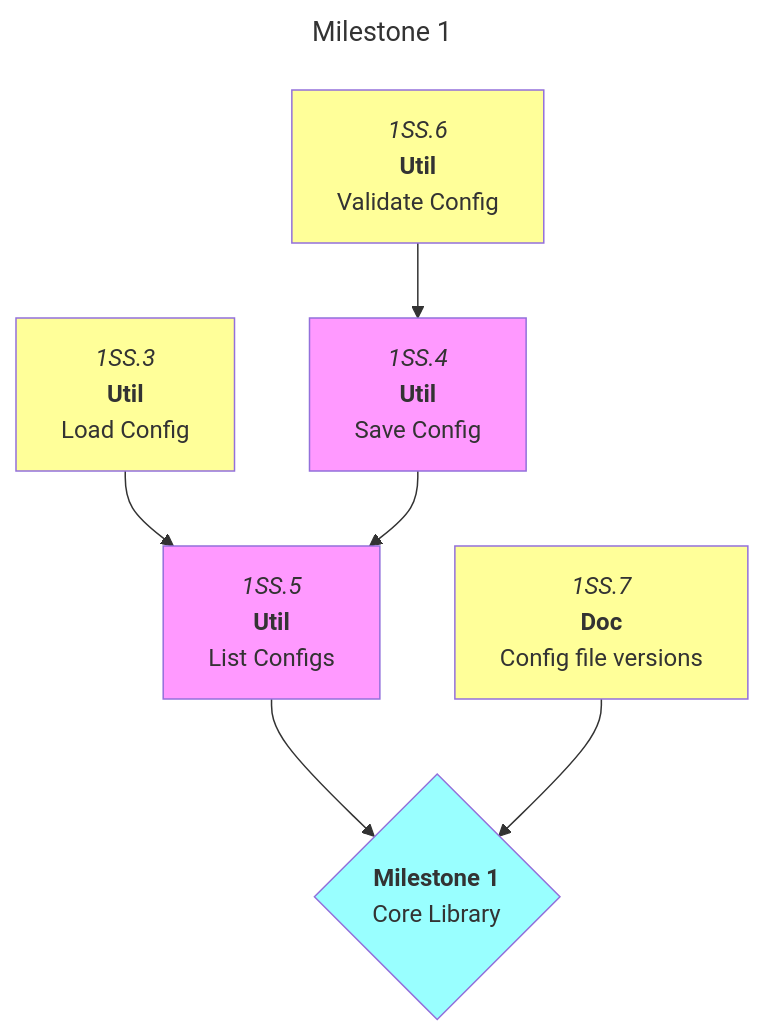
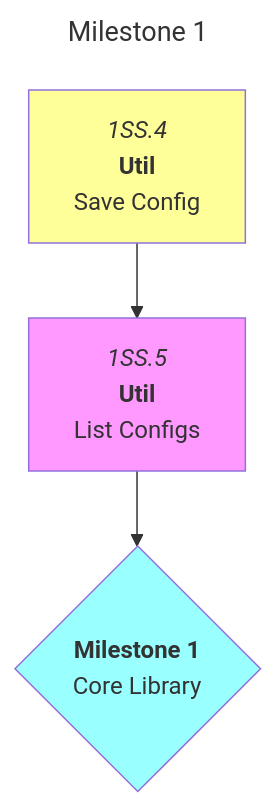
The first of 6 diagrams in docs/roadmaps/mvp.md (foundersandcoders/iris), drawn with Mermaid before and after one commit. The commit also changed other lines of this file, not shown here.

Commit message:
docs: update roadmap

````diff
--- a/docs/roadmaps/mvp.md
+++ b/docs/roadmaps/mvp.md
@@ -46,18 +46,15 @@
 ```mermaid
 ---
 title: Milestone 1
 ---
 graph TD
 
-1SS.3["`*1SS.3*<br/>**Util**<br/>Load Config`"]:::open --> 1SS.5
-1SS.4["`*1SS.4*<br/>**Util**<br/>Save Config`"] --> 1SS.5
+1SS.4["`*1SS.4*<br/>**Util**<br/>Save Config`"]:::open --> 1SS.5
 1SS.5["`*1SS.5*<br/>**Util**<br/>List Configs`"] --> m1
-1SS.6["`*1SS.6*<br/>**Util**<br/>Validate Config`"]:::open --> 1SS.4
-1SS.7["`*1SS.7*<br/>**Doc**<br/>Config file versions`"]:::open --> m1
 
 m1{"`**Milestone 1**<br/>Core Library`"}:::mile
 
 classDef default,blocked fill:#f9f;
 classDef open fill:#ff9;
 classDef mile fill:#9ff;
 ```
````
